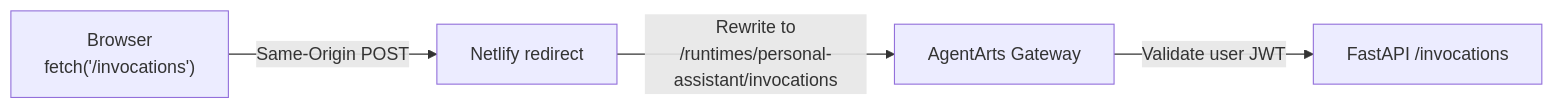
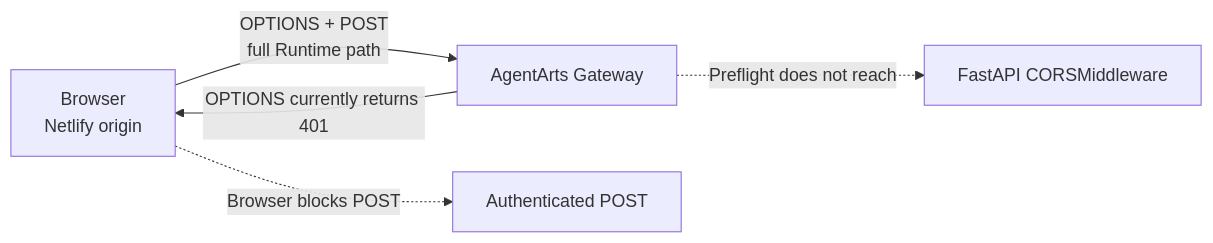
One commit to T-1009/personal-assistant changed the second of 3 diagrams in personal-assistant-meta/architecture/ADR/ADR-014-netlify-edge-function-auth-proxy.md. Above: the diagram before and after it, drawn with Mermaid. The commit also changed other lines of this file and 6 other files, not shown here.

First line of the commit message:
feat: remove Netlify API proxy for production, switch to browser CORS direct call to AgentArts Gateway

````diff
--- a/personal-assistant-meta/architecture/ADR/ADR-014-netlify-edge-function-auth-proxy.md
+++ b/personal-assistant-meta/architecture/ADR/ADR-014-netlify-edge-function-auth-proxy.md
@@ -130,6 +141,7 @@
 ```mermaid
 flowchart LR
-    Browser["Browser<br/>fetch('/invocations')"] -->|"Same-Origin POST"| Netlify["Netlify redirect"]
-    Netlify -->|"Rewrite to<br/>/runtimes/personal-assistant/invocations"| GW["AgentArts Gateway"]
-    GW -->|"Validate user JWT"| FastAPI["FastAPI /invocations"]
+    Browser["Browser<br/>Netlify origin"] -->|"OPTIONS + POST<br/>full Runtime path"| GW["AgentArts Gateway"]
+    GW -->|"OPTIONS currently returns 401"| Browser
+    GW -.->|"Preflight does not reach"| CORS["FastAPI CORSMiddleware"]
+    Browser -.->|"Browser blocks POST"| POST["Authenticated POST"]
 ```
````
